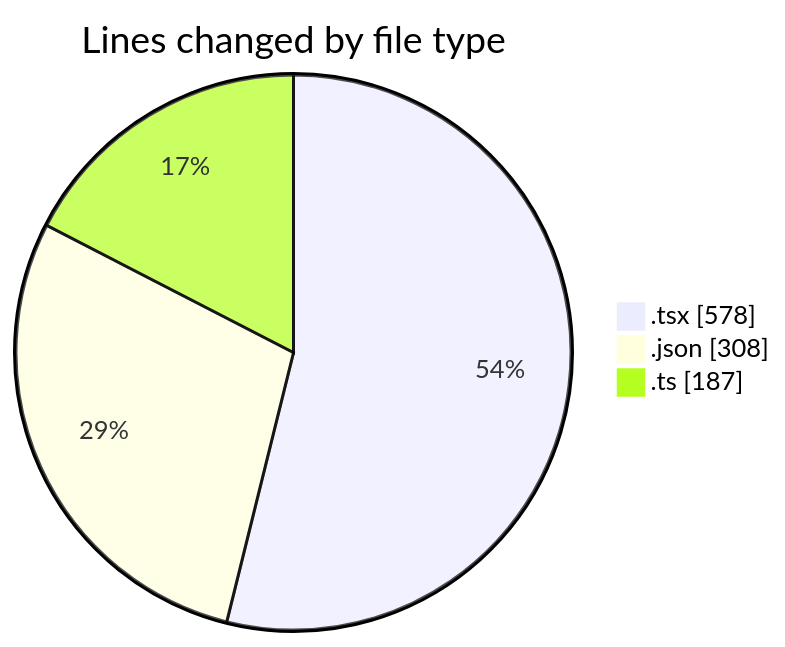
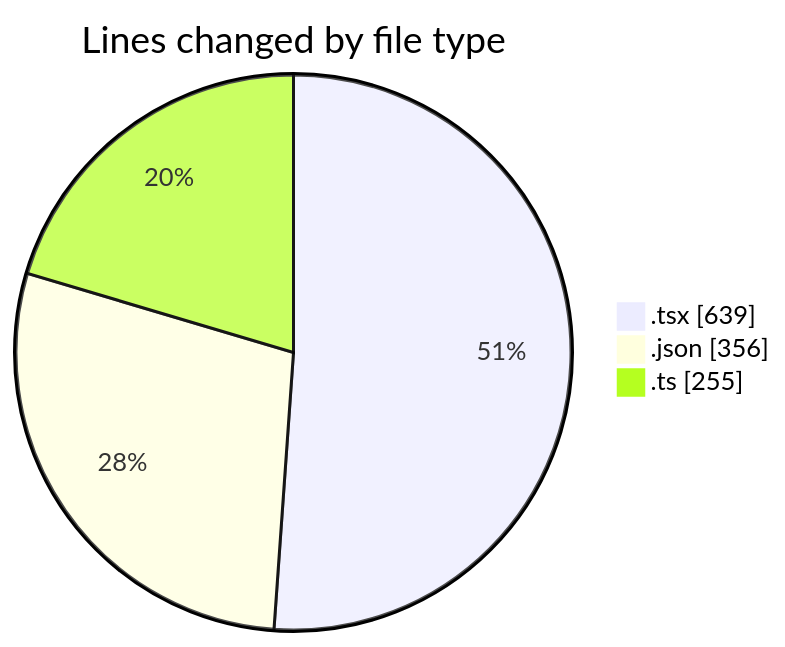
One commit to Elitesun/code-tracking changed the first of 2 diagrams in 2025-04-30/niten/README.md. Above: the diagram before and after it, drawn with Mermaid. The commit also changed other lines of this file and 1 other file, not shown here.

````diff
--- a/2025-04-30/niten/README.md
+++ b/2025-04-30/niten/README.md
@@ -41,7 +43,7 @@
 ```mermaid
 pie showData
 title Lines changed by file type
-".tsx" : 578
-".json" : 308
-".ts" : 187
+".tsx" : 639
+".json" : 356
+".ts" : 255
 ```
````
